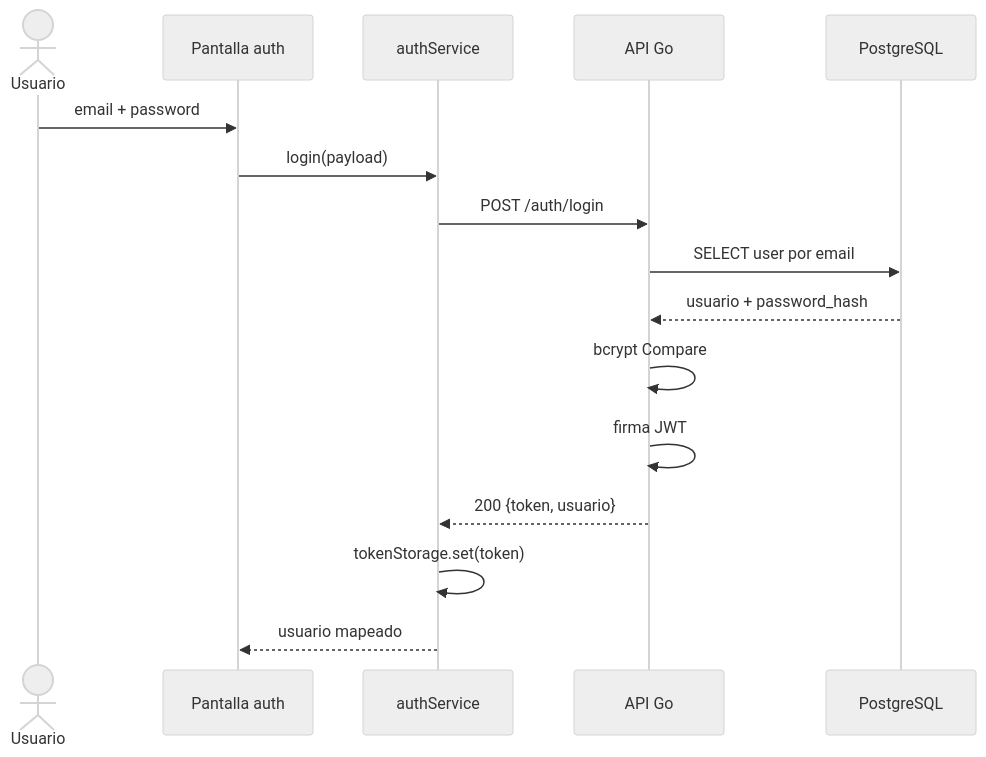
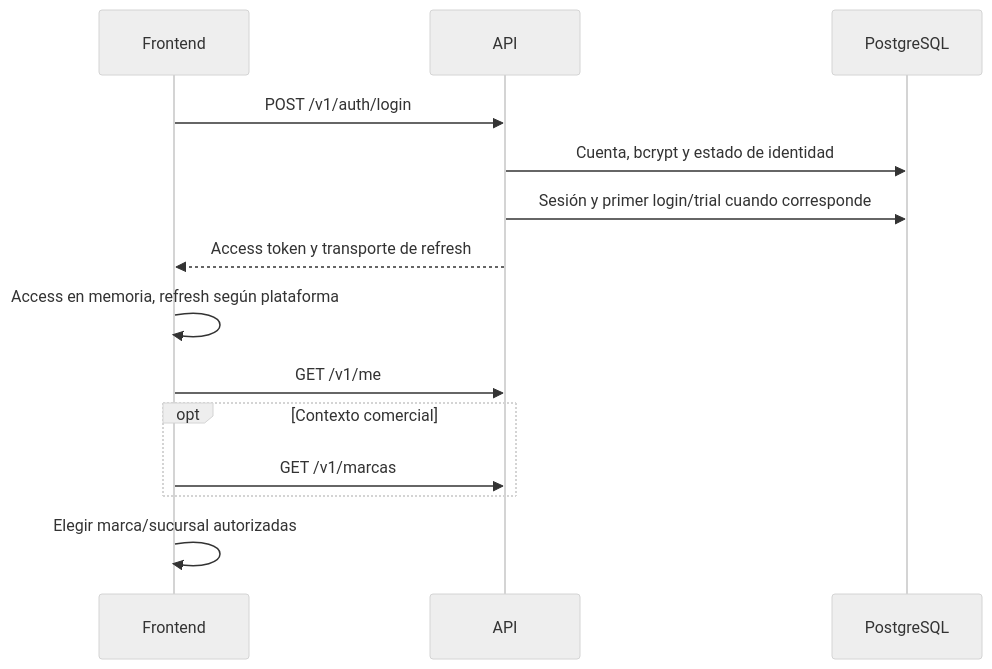
One commit to gagonzalez1/puntazo-docs changed the diagram in docs/sequences/02-login.md. Above: the diagram before and after it, drawn with Mermaid (neutral theme). The commit also changed other lines of this file and 42 other files, not shown here.

Commit message:
docs: reconcile current Puntazo architecture and deployed environments

````diff
--- a/docs/sequences/02-login.md
+++ b/docs/sequences/02-login.md
@@ -16,18 +17,16 @@
 ```mermaid
 sequenceDiagram
-    actor U as Usuario
-    participant UI as Pantalla auth
-    participant S as authService
-    participant API as API Go
-    participant DB as PostgreSQL
-    U->>UI: email + password
-    UI->>S: login(payload)
-    S->>API: POST /auth/login
-    API->>DB: SELECT user por email
-    DB-->>API: usuario + password_hash
-    API->>API: bcrypt Compare
-    API->>API: firma JWT
-    API-->>S: 200 {token, usuario}
-    S->>S: tokenStorage.set(token)
-    S-->>UI: usuario mapeado
+ participant F as Frontend
+ participant A as API
+ participant P as PostgreSQL
+ F->>A: POST /v1/auth/login
+ A->>P: Cuenta, bcrypt y estado de identidad
+ A->>P: Sesión y primer login/trial cuando corresponde
+ A-->>F: Access token y transporte de refresh
+ F->>F: Access en memoria, refresh según plataforma
+ F->>A: GET /v1/me
+ opt Contexto comercial
+ F->>A: GET /v1/marcas
+ end
+ F->>F: Elegir marca/sucursal autorizadas
 ```
````
